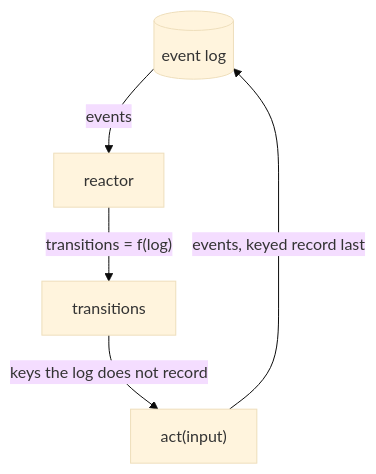
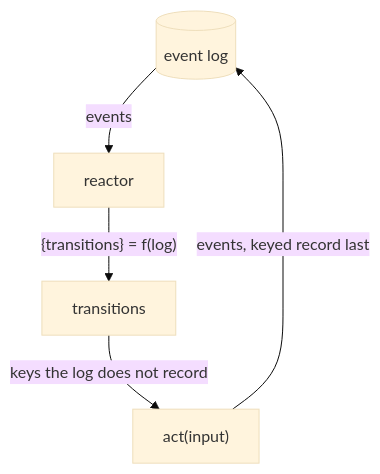
One commit to clavia-labs/tardigrade changed the first of 2 diagrams in docs/quickstart.md. Above: the diagram before and after it, drawn with Mermaid (base theme). The commit also changed 4 other files, not shown here.

````diff
--- a/docs/quickstart.md
+++ b/docs/quickstart.md
@@ -57,7 +57,7 @@
 ```mermaid
 flowchart TB
   log[("event log")] -->|"events"| reactor["reactor"]
-  reactor -->|"transitions = f(log)"| transitions["transitions"]
+  reactor -->|"{transitions} = f(log)"| transitions["transitions"]
   transitions -->|"keys the log does not record"| act["act(input)"]
   act -->|"events, keyed record last"| log
 ```
````
